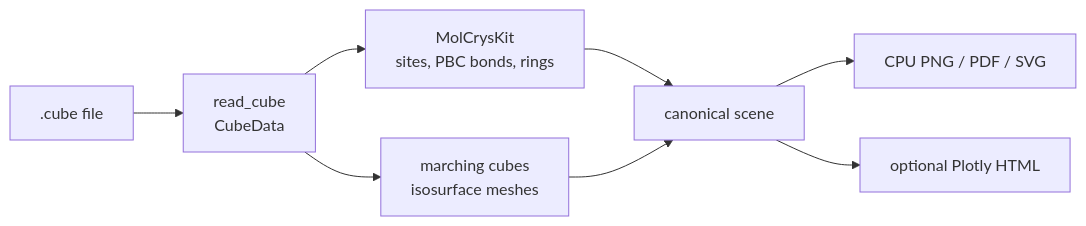
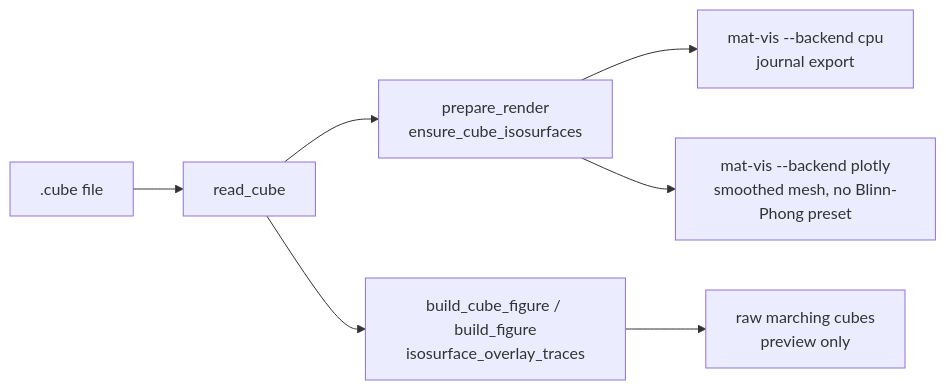
The diagram in docs/agents/cube_api.md (SchrodingersCattt/Atomaestro), drawn with Mermaid before and after one commit. The commit also changed other lines of this file and 37 other files, not shown here.

First line of the commit message:
Add Blinn-Phong surface material presets for CPU rendering (#309)

````diff
--- a/docs/agents/cube_api.md
+++ b/docs/agents/cube_api.md
@@ -8,10 +8,9 @@
 ```mermaid
 flowchart LR
-    CUBE[".cube file"] --> IO["read_cube<br/>CubeData"]
-    IO --> MCK["MolCrysKit<br/>sites, PBC bonds, rings"]
-    IO --> MC["marching cubes<br/>isosurface meshes"]
-    MCK --> SCENE["canonical scene"]
-    MC --> SCENE
-    SCENE --> CPU["CPU PNG / PDF / SVG"]
-    SCENE --> PLOTLY["optional Plotly HTML"]
+    CUBE[".cube file"] --> IO["read_cube"]
+    IO --> PLAN["prepare_render<br/>ensure_cube_isosurfaces"]
+    IO --> FIG["build_cube_figure / build_figure<br/>isosurface_overlay_traces"]
+    PLAN --> CPU["mat-vis --backend cpu<br/>journal export"]
+    PLAN --> ADAPT["mat-vis --backend plotly<br/>smoothed mesh, no Blinn-Phong preset"]
+    FIG --> RAW["raw marching cubes<br/>preview only"]
 ```
````
